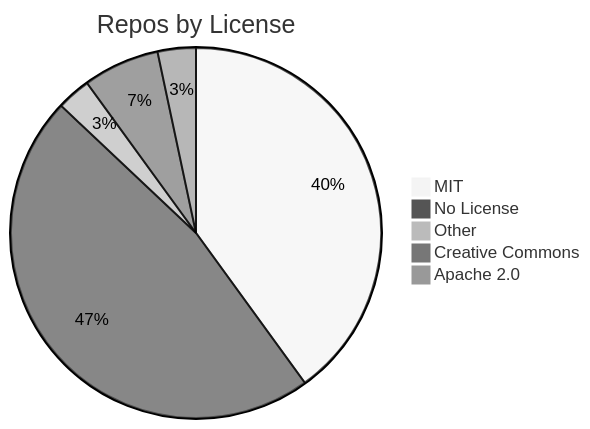
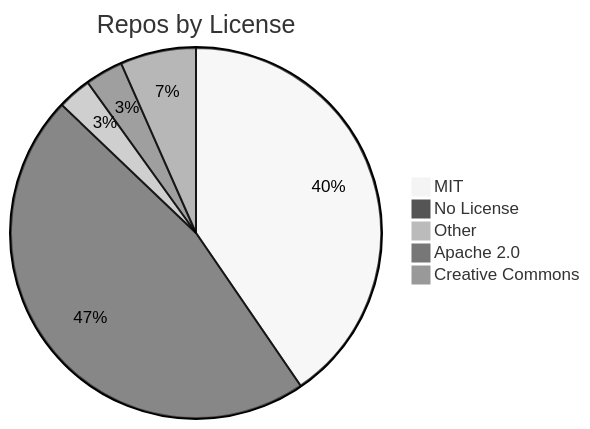
The diagram in README.md (jpatterson933/awesome-mcp-server-repo-index), drawn with Mermaid (neutral theme) before and after one commit. The commit also changed other lines of this file and 3 other files, not shown here.

````diff
--- a/README.md
+++ b/README.md
@@ -29,8 +29,8 @@
 ```mermaid
 pie title Repos by License
-    "MIT" : 108
+    "MIT" : 110
     "No License" : 127
     "Other" : 8
+    "Apache 2.0" : 9
     "Creative Commons" : 18
-    "Apache 2.0" : 9
 ```
````
